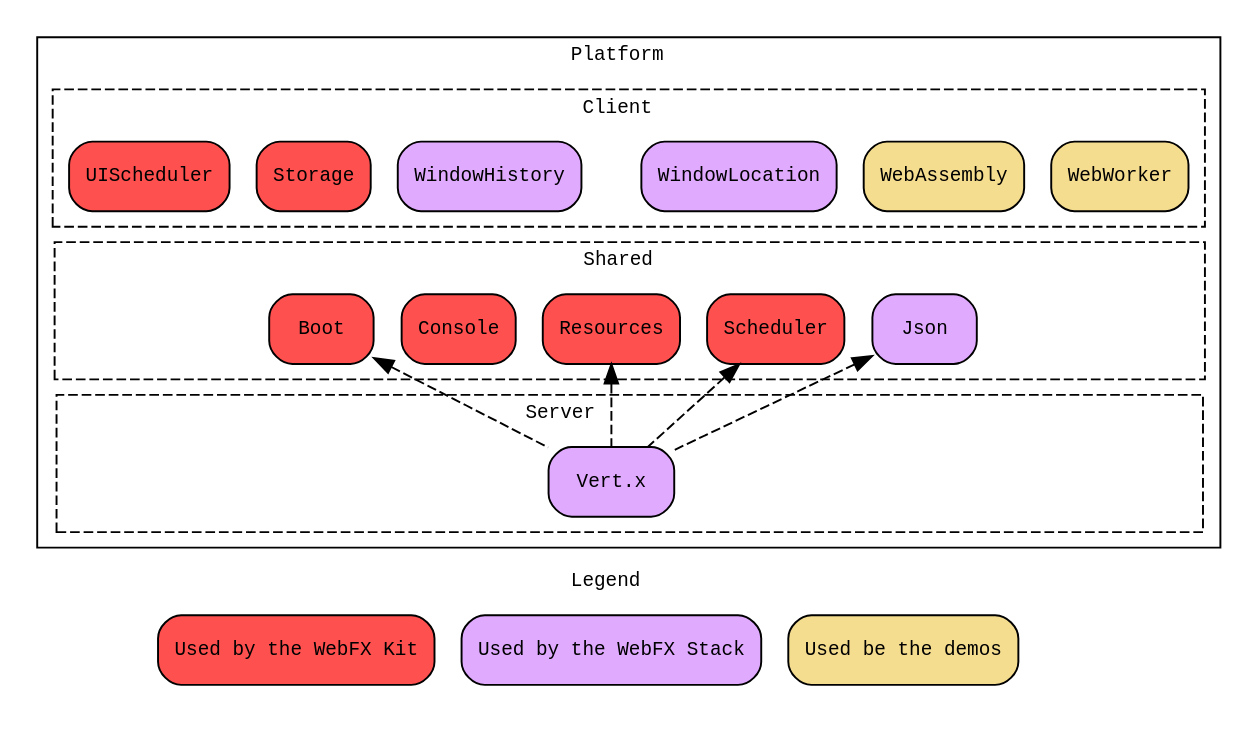
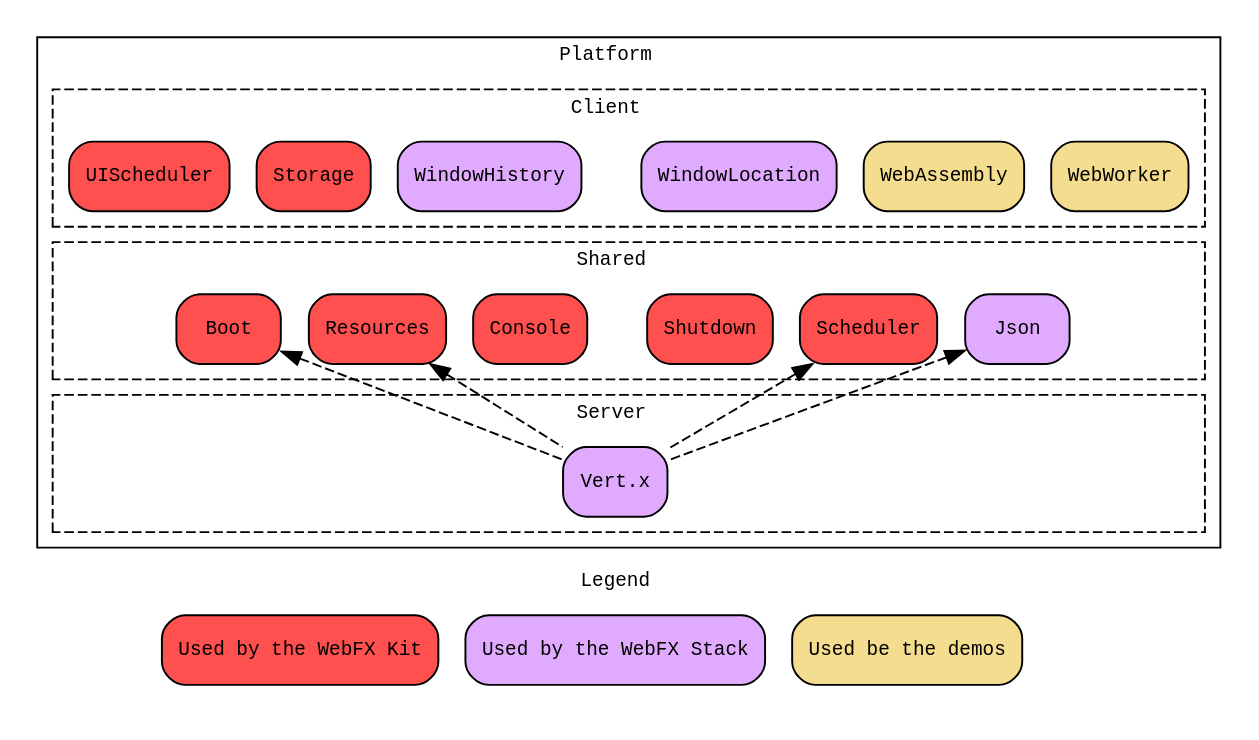
Before and after one commit to webfx-project/webfx-docs: the diagram in src/main/asciidoc/webfx-platform/webfx-platform.adoc, drawn with Graphviz.

Commit message:
Added missing Shutdown module in WebFX Platform diagram

```diff
--- a/src/main/asciidoc/webfx-platform/webfx-platform.adoc
+++ b/src/main/asciidoc/webfx-platform/webfx-platform.adoc
@@ -3,80 +3,82 @@
 [graphviz, webfx-platform, format=svg]
 ----
 digraph D {
     graph [compound=true, ranksep=0.3, nodesep=0.2, fontname=monospace, fontsize=10, splines=false]
     node [shape="rectangle", style="rounded,filled", fillcolor="#f5dd90", fontname=monospace, fontsize=10]
 
 
     subgraph cluster_P {
-        label = "Platform  "
+        label = "Platform    "
 
         subgraph cluster_C {
             style = "dashed"
-            label = "Client  "
+            label = "Client    "
 
             UIScheduler [fillcolor="#ff5050"]
             Storage [fillcolor="#ff5050"]
             WindowHistory [fillcolor="#e0aaff"]
-            P [shape=point, style=invis]
+            PC [shape=point, style=invis]
             WindowLocation [fillcolor="#e0aaff"]
             WebAssembly
             WebWorker
 
-            {rank=same UIScheduler Storage WindowHistory P WindowLocation WebAssembly WebWorker}
-            UIScheduler -> Storage -> WindowHistory -> P -> WindowLocation -> WebAssembly -> WebWorker [style=invis]
+            {rank=same UIScheduler Storage WindowHistory PC WindowLocation WebAssembly WebWorker}
+            UIScheduler -> Storage -> WindowHistory -> PC -> WindowLocation -> WebAssembly -> WebWorker [style=invis]
         }
 
         subgraph cluster_SHR {
-            label = "Shared  "
+            label = "Shared   "
             style = "dashed"
 
-            SHRL [label="LLLLLLLLLLLL", style=invis]
+            SHRL [width=0.5,style=invis]
             Boot [fillcolor="#ff5050"]
+            Resources [fillcolor="#ff5050"]
             Console [fillcolor="#ff5050"]
-            Resources [fillcolor="#ff5050"]
+            PS [shape=point, style=invis]
+            Shutdown [fillcolor="#ff5050"]
             Scheduler [fillcolor="#ff5050"]
             Json [fillcolor="#e0aaff"]
-            SHRR [label="RRRRRRRRRRRRR", style=invis]
+            SHRR [width=0.65,style=invis]
 
-            {rank=same SHRL Boot Console Resources Scheduler Json SHRR}
-            SHRL -> Boot -> Console -> Resources -> Scheduler -> Json -> SHRR [style=invis]
+            {rank=same SHRL Boot Resources Console PS Shutdown Scheduler Json SHRR}
+            SHRL -> Boot -> Resources -> Console -> PS -> Shutdown -> Scheduler -> Json -> SHRR [style=invis]
         }
 
         subgraph cluster_S {
-            label = "Server            "
+            label = "Server   "
             style = "dashed"
 
-            SL [label="LLLLLLLLLLLLLLLLLLLLLLLLLLLLLLLLLLLL", style=invis]
-            Vertx [label=" Vert.x ", fillcolor="#e0aaff"]
-            SR [label="RRRRRRRRRRRRRRRRRRRRRRRRRRRRRRRRRRRRRRR", style=invis]
+            SL [width=3.35, style=invis]
+            Vertx [label="Vert.x", fillcolor="#e0aaff"]
+            SR [width=3.55, style=invis]
 
             {rank=same SL Vertx SR}
             SL -> Vertx -> SR [style=invis]
         }
 
         Boot -> Vertx [dir=back,style=dashed]
         Resources -> Vertx [dir=back,style=dashed]
         Scheduler -> Vertx [dir=back,style=dashed]
         Json -> Vertx [dir=back,style=dashed]
 
     }
 
-    P -> Resources [style=invis]
+    PC -> PS [style=invis]
 
     subgraph cluster_L {
-        label = "    Legend"
+        label = "     Legend"
         style = "dashed"
         peripheries=0
 
         Kit [label="Used by the WebFX Kit", fillcolor="#ff5050"]
         Stack [label = "Used by the WebFX Stack", fillcolor="#e0aaff"]
         Demos [label = "Used be the demos"]
 
         {rank=same Kit Stack Demos}
 
         Kit -> Stack -> Demos [style=invis]
     }
 
     Vertx -> Stack [style=invis]
 }
 ----
```
